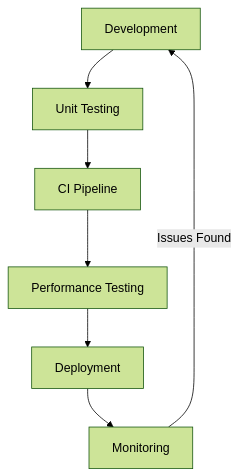
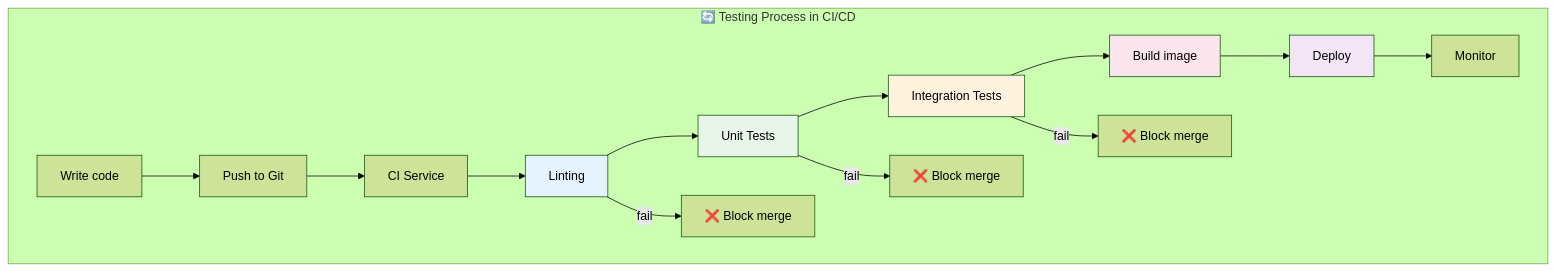
Before and after one commit to zhangshichuan/maxzhang.site: diagram 13 of 14 in articles/en/nodejs-unit-performance-testing-guide.mdx, drawn with Mermaid (forest theme). The commit also changed other lines of this file and 1 other file, not shown here.

Commit message:
docs: nodejs-unit-performance-testing-guide

````diff
--- a/articles/en/nodejs-unit-performance-testing-guide.mdx
+++ b/articles/en/nodejs-unit-performance-testing-guide.mdx
@@ -297,9 +1425,23 @@
 ```mermaid
 flowchart TD
-    Dev[Development] --> UT[Unit Testing]
-    UT --> CI[CI Pipeline]
-    CI --> Perf[Performance Testing]
-    Perf --> Deploy[Deployment]
-    Deploy --> Monitor[Monitoring]
-    Monitor -->|Issues Found| Dev
+    subgraph CICDProcess["🔄 Testing Process in CI/CD"]
+        Code[Write code] --> Push[Push to Git]
+        Push --> CI[CI Service]
+        CI --> Lint[Linting]
+        Lint --> UnitTest[Unit Tests]
+        UnitTest --> IntegrationTest[Integration Tests]
+        IntegrationTest --> Build[Build image]
+        Build --> Deploy[Deploy]
+        Deploy --> Monitor[Monitor]
+
+        Lint -->|fail| Reject1[❌ Block merge]
+        UnitTest -->|fail| Reject2[❌ Block merge]
+        IntegrationTest -->|fail| Reject3[❌ Block merge]
+    end
+
+    style Lint fill:#e3f2fd
+    style UnitTest fill:#e8f5e9
+    style IntegrationTest fill:#fff3e0
+    style Build fill:#fce4ec
+    style Deploy fill:#f3e5f5
 ```
````
